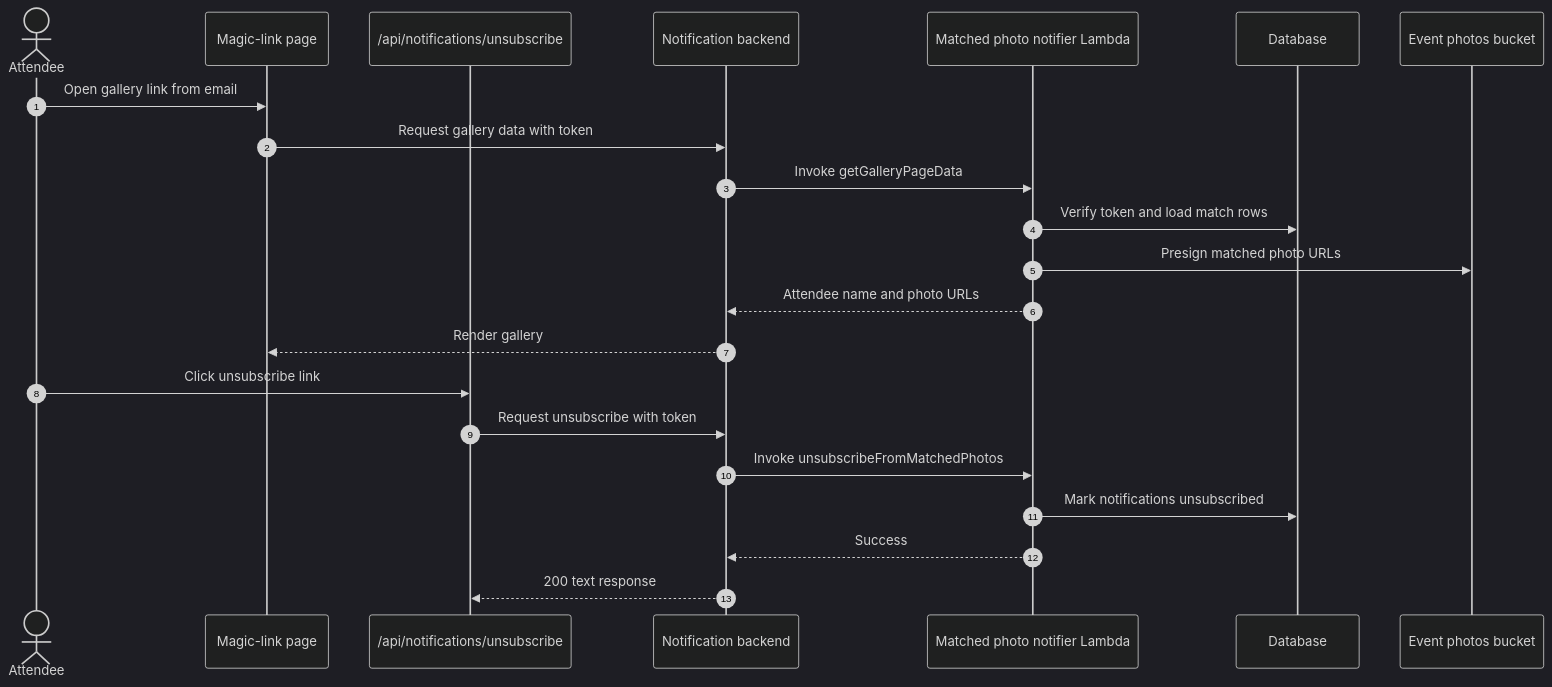
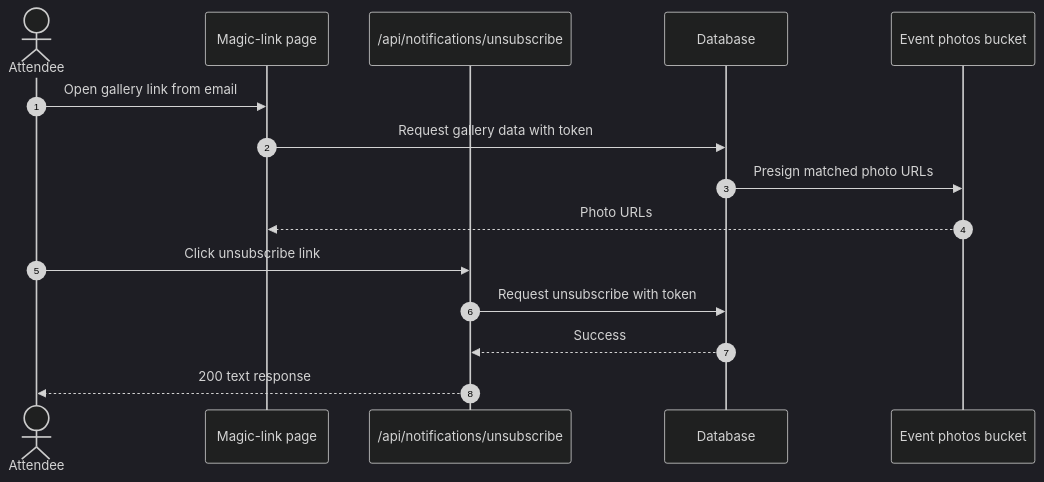
The sixth of 8 diagrams in README.md (anyulled/FaceLocator), drawn with Mermaid (dark theme) before and after one commit. The commit also changed other lines of this file and 40 other files, not shown here.

````diff
--- a/README.md
+++ b/README.md
@@ -230,25 +212,18 @@
 ```mermaid
 sequenceDiagram
   autonumber
   actor A as Attendee
   participant P as Magic-link page
   participant R as /api/notifications/unsubscribe
-  participant B as Notification backend
-  participant L as Matched photo notifier Lambda
   participant DB as Database
   participant S3 as Event photos bucket
 
   A->>P: Open gallery link from email
-  P->>B: Request gallery data with token
-  B->>L: Invoke getGalleryPageData
-  L->>DB: Verify token and load match rows
-  L->>S3: Presign matched photo URLs
-  L-->>B: Attendee name and photo URLs
-  B-->>P: Render gallery
+  P->>DB: Request gallery data with token
+  DB->>S3: Presign matched photo URLs
+  S3-->>P: Photo URLs
   A->>R: Click unsubscribe link
-  R->>B: Request unsubscribe with token
-  B->>L: Invoke unsubscribeFromMatchedPhotos
-  L->>DB: Mark notifications unsubscribed
-  L-->>B: Success
-  B-->>R: 200 text response
+  R->>DB: Request unsubscribe with token
+  DB-->>R: Success
+  R-->>A: 200 text response
 ```
````
